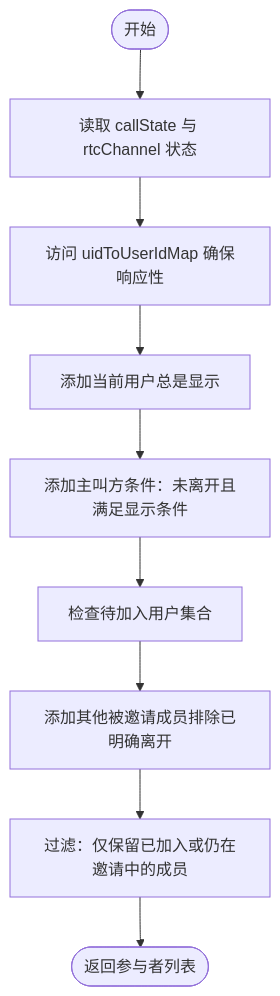
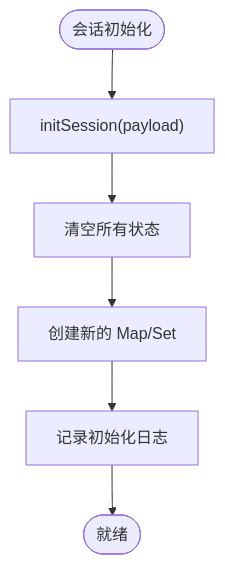
The third of 7 diagrams in .qoder/repowiki/zh/content/核心组件/群组通话组件/群组成员管理.md (Easemob-Community/easemob-uikit-callkit-vue3), drawn with Mermaid before and after one commit. The commit also changed other lines of this file and 54 other files, not shown here.

````diff
--- a/.qoder/repowiki/zh/content/核心组件/群组通话组件/群组成员管理.md
+++ b/.qoder/repowiki/zh/content/核心组件/群组通话组件/群组成员管理.md
@@ -138,11 +161,8 @@
 ```mermaid
 flowchart TD
-Start(["开始"]) --> GetState["读取 callState 与 rtcChannel 状态"]
-GetState --> AccessMaps["访问 uidToUserIdMap 确保响应性"]
-AccessMaps --> AddSelf["添加当前用户总是显示"]
-AddSelf --> AddCaller["添加主叫方条件：未离开且满足显示条件"]
-AddCaller --> CheckPending["检查待加入用户集合"]
-CheckPending --> AddOthers["添加其他被邀请成员排除已明确离开"]
-AddOthers --> Filter["过滤：仅保留已加入或仍在邀请中的成员"]
-Filter --> Result(["返回参与者列表"])
+Start(["会话初始化"]) --> InitSession["initSession(payload)"]
+InitSession --> ClearState["清空所有状态"]
+ClearState --> CreateMaps["创建新的 Map/Set"]
+CreateMaps --> Logger["记录初始化日志"]
+Logger --> Ready(["就绪"])
 ```
````
